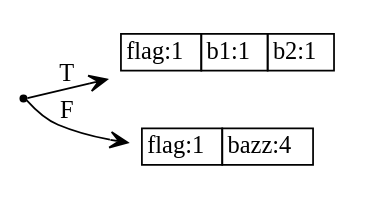
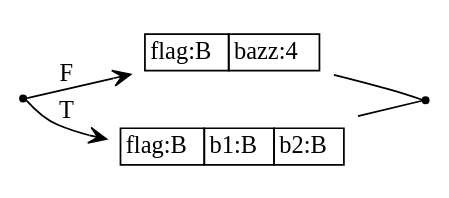
The diagram in src/predunion/simple/predunion-simple-spec.dot (sireum/bitcodec-examples), drawn with Graphviz before and after one commit. The commit also changed 9 other files, not shown here.

```diff
--- a/src/predunion/simple/predunion-simple-spec.dot
+++ b/src/predunion/simple/predunion-simple-spec.dot
@@ -1,20 +1,23 @@
 digraph G {
   rankdir = LR;
   node [shape=plaintext];
   edge [arrowhead=vee];
 
   n0 [shape=point];
   n1 [label=<
     <TABLE BORDER="0" CELLBORDER="1" CELLSPACING="0">
-      <TR><TD>flag:1</TD><TD>b1:1</TD><TD>b2:1</TD></TR>
+      <TR><TD>flag:B</TD><TD>bazz:4</TD></TR>
     </TABLE>
   >];
   n2 [label=<
     <TABLE BORDER="0" CELLBORDER="1" CELLSPACING="0">
-      <TR><TD>flag:1</TD><TD>bazz:4</TD></TR>
+      <TR><TD>flag:B</TD><TD>b1:B</TD><TD>b2:B</TD></TR>
     </TABLE>
   >];
+  n3 [shape=point];
 
-  n0 -> n1 [label="T"];
-  n0 -> n2 [label="F"];
+  n0 -> n1 [label="F"];
+  n0 -> n2 [label="T"];
+  n2 -> n3 [arrowhead=none];
+  n1 -> n3 [arrowhead=none];
 }
```
